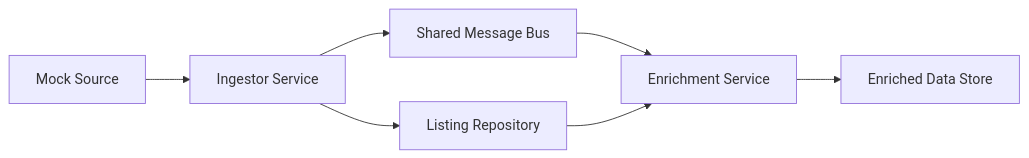
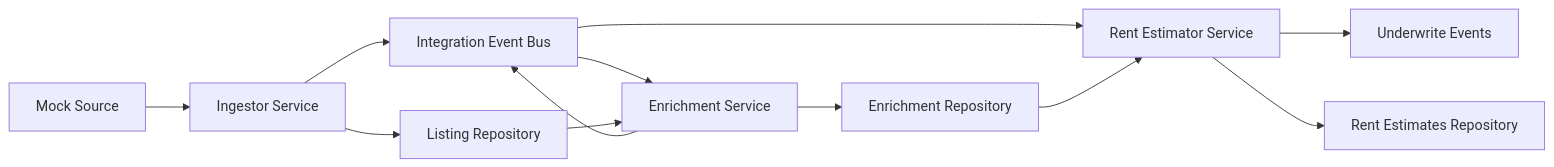
Before and after one commit to michael1999wang/realestate: the diagram in integration-tests/README.md, drawn with Mermaid. The commit also changed other lines of this file and 5 other files, not shown here.

````diff
--- a/integration-tests/README.md
+++ b/integration-tests/README.md
@@ -97,10 +143,16 @@
 ```mermaid
 graph LR
     A[Mock Source] --> B[Ingestor Service]
-    B --> C[Shared Message Bus]
+    B --> C[Integration Event Bus]
     C --> D[Enrichment Service]
-    D --> E[Enriched Data Store]
+    D --> C
+    C --> E[Rent Estimator Service]
+    E --> F[Underwrite Events]
 
-    B --> F[Listing Repository]
-    F --> D
+    B --> G[Listing Repository]
+    D --> H[Enrichment Repository]
+    E --> I[Rent Estimates Repository]
+
+    G --> D
+    H --> E
 ```
````
